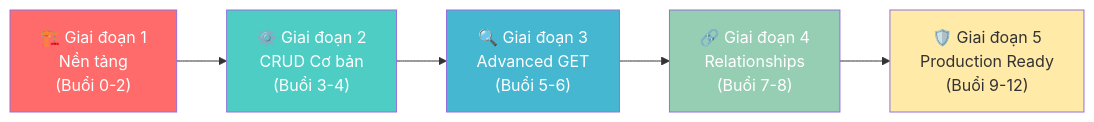
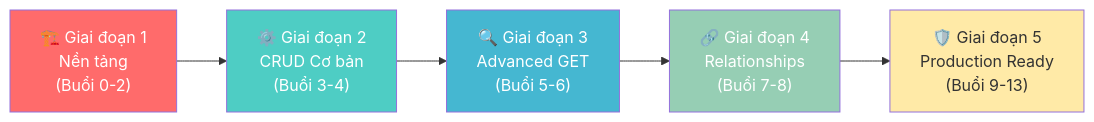
Before and after one commit to vuanhtu1993/vuanhtu1993.github.io: the third of 4 diagrams in docs/nodejs/index.md, drawn with Mermaid. The commit also changed other lines of this file and 9 other files, not shown here.

````diff
--- a/docs/nodejs/index.md
+++ b/docs/nodejs/index.md
@@ -135,16 +138,16 @@
 ```mermaid
 graph LR
     P1["🏗️ Giai đoạn 1<br>Nền tảng<br>(Buổi 0-2)"]
     P2["⚙️ Giai đoạn 2<br>CRUD Cơ bản<br>(Buổi 3-4)"]
     P3["🔍 Giai đoạn 3<br>Advanced GET<br>(Buổi 5-6)"]
     P4["🔗 Giai đoạn 4<br>Relationships<br>(Buổi 7-8)"]
-    P5["🛡️ Giai đoạn 5<br>Production Ready<br>(Buổi 9-12)"]
+    P5["🛡️ Giai đoạn 5<br>Production Ready<br>(Buổi 9-13)"]
 
     P1 --> P2 --> P3 --> P4 --> P5
 
     style P1 fill:#ff6b6b,color:#fff
     style P2 fill:#4ecdc4,color:#fff
     style P3 fill:#45b7d1,color:#fff
     style P4 fill:#96ceb4,color:#fff
     style P5 fill:#ffeaa7,color:#333
 ```
````
